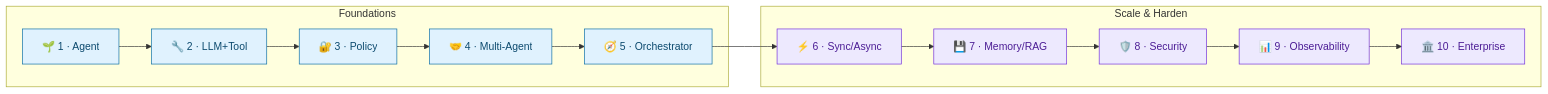
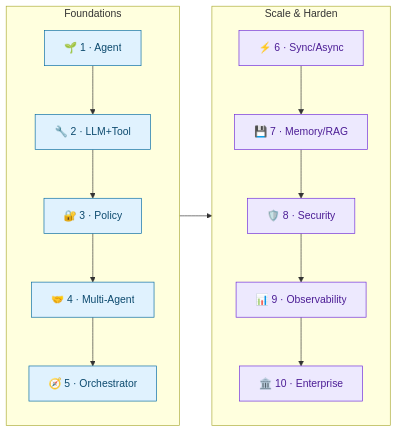
The fourth of 5 diagrams in Roughnotes.md (contactkkiran/enterprise-multi-agent-agent-native-platform), drawn with Mermaid before and after one commit.

````diff
--- a/Roughnotes.md
+++ b/Roughnotes.md
@@ -159,15 +159,17 @@
 ```mermaid
 flowchart LR
     subgraph PHASE1["Foundations"]
+        direction TB
         P1["🌱 1 · Agent"] --> P2["🔧 2 · LLM+Tool"] --> P3["🔐 3 · Policy"] --> P4["🤝 4 · Multi-Agent"] --> P5["🧭 5 · Orchestrator"]
     end
     subgraph PHASE2["Scale & Harden"]
+        direction TB
         P6["⚡ 6 · Sync/Async"] --> P7["💾 7 · Memory/RAG"] --> P8["🛡️ 8 · Security"] --> P9["📊 9 · Observability"] --> P10["🏛️ 10 · Enterprise"]
     end
     P5 --> P6
 
     classDef phase1 fill:#e0f2fe,stroke:#0369a1,color:#0c4a6e
     classDef phase2 fill:#ede9fe,stroke:#6d28d9,color:#4c1d95
     class P1,P2,P3,P4,P5 phase1
     class P6,P7,P8,P9,P10 phase2
 ```
````
